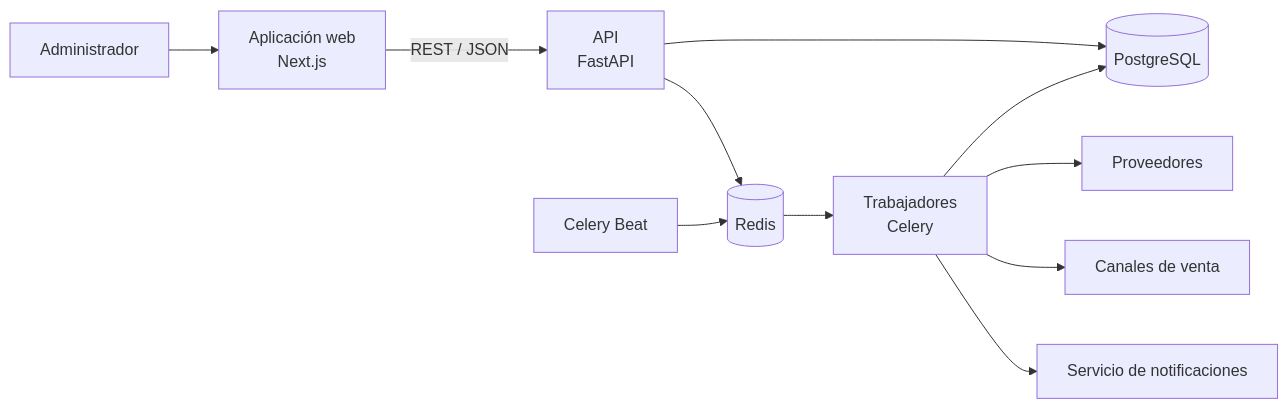
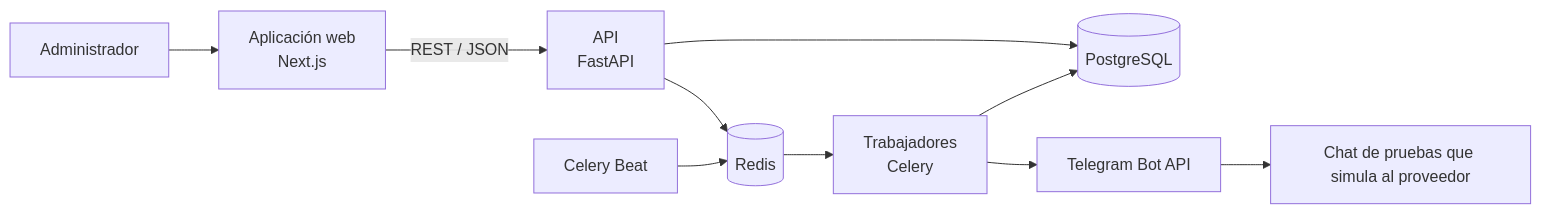
Before and after one commit to AXL031/savefood_automatizacion: the diagram in docs/arquitectura/vision_general.md, drawn with Mermaid. The commit also changed 265 other files, not shown here.

````diff
--- a/docs/arquitectura/vision_general.md
+++ b/docs/arquitectura/vision_general.md
@@ -5,13 +5,12 @@
 ```mermaid
 flowchart LR
     U[Administrador] --> F[Aplicación web<br/>Next.js]
     F -->|REST / JSON| A[API<br/>FastAPI]
     A --> D[(PostgreSQL)]
     A --> R[(Redis)]
     R --> W[Trabajadores<br/>Celery]
     B[Celery Beat] --> R
     W --> D
-    W --> P[Proveedores]
-    W --> C[Canales de venta]
-    W --> N[Servicio de notificaciones]
+    W --> T[Telegram Bot API]
+    T --> P[Chat de pruebas que simula al proveedor]
 ```
````
